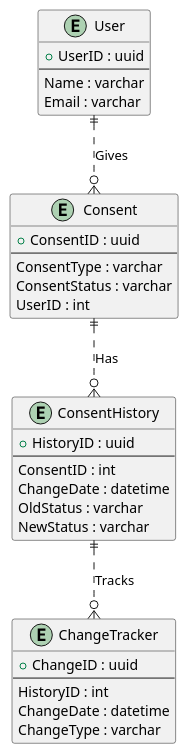
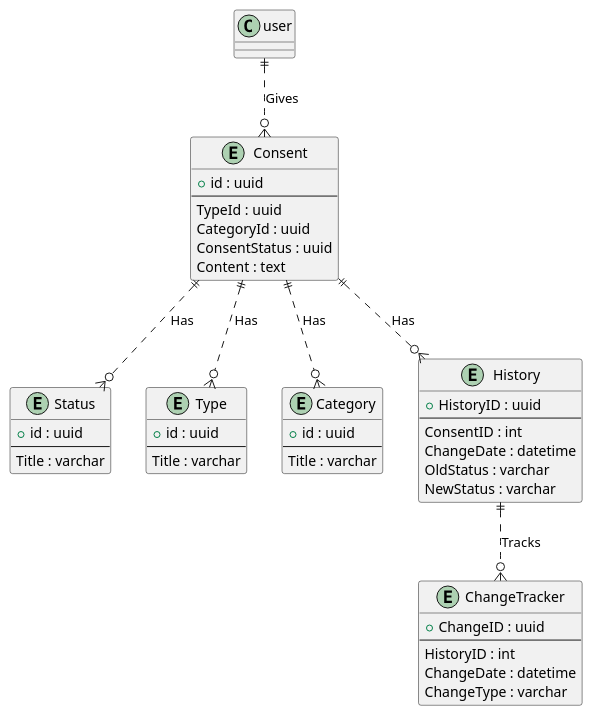
One commit to msfs11/ConsentManager changed the diagram in docs/er.puml. Above: the diagram before and after it, drawn with PlantUML. The commit also changed 19 other files, not shown here.

```diff
--- a/docs/er.puml
+++ b/docs/er.puml
@@ -1,39 +1,54 @@
 @startuml ER diagram
 
-entity "User" as user {
-  + UserID : uuid
+entity "Consent" as consent {
+  + id : uuid
   --
-  Name : varchar
-  Email : varchar
+  TypeId : uuid
+  CategoryId : uuid
+  ConsentStatus : uuid
+  Content : text
 }
 
-entity "Consent" as consent {
-  + ConsentID : uuid
+entity "Status" as status {
+  + id : uuid
   --
-  ConsentType : varchar
-  ConsentStatus : varchar
-  UserID : int
+  Title : varchar
 }
 
-entity "ConsentHistory" as history {
+entity "Type" as type {
+  + id : uuid
+  --
+  Title : varchar
+}
+
+entity "Category" as category {
+  + id : uuid
+  --
+  Title : varchar
+}
+
+entity "History" as history {
   + HistoryID : uuid
   --
   ConsentID : int
   ChangeDate : datetime
   OldStatus : varchar
   NewStatus : varchar
 }
 
 entity "ChangeTracker" as tracker {
   + ChangeID : uuid
   --
   HistoryID : int
   ChangeDate : datetime
   ChangeType : varchar
 }
 
 user ||..o{ consent : Gives
 consent ||..o{ history : Has
+consent ||..o{ type : Has
+consent ||..o{ category : Has
+consent ||..o{ status : Has
 history ||..o{ tracker : Tracks
 
 @enduml
```
